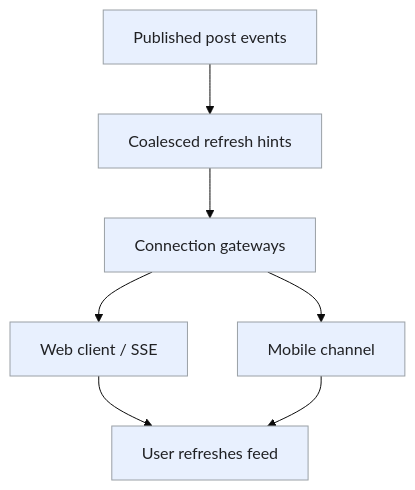
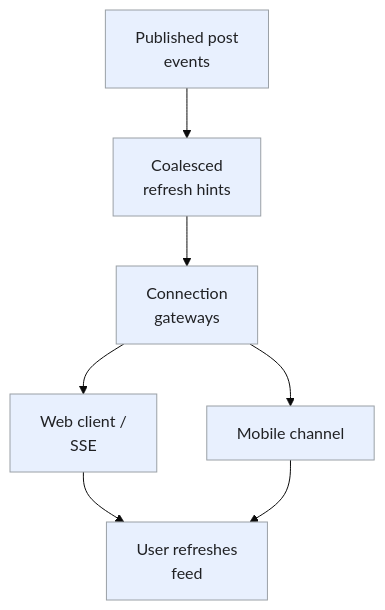
Before and after one commit to iliazlobin/iliazlobin.github.io: the sixth of 6 diagrams in _designs/system-design-news-feed.md, drawn with Mermaid (base theme). The commit also changed other lines of this file and 116 other files, not shown here.

````diff
--- a/_designs/system-design-news-feed.md
+++ b/_designs/system-design-news-feed.md
@@ -356,13 +388,13 @@
 ```mermaid
 flowchart TB
-  E[Published post events] --> H[Coalesced refresh hints]
-  H --> G[Connection gateways]
-  G --> W[Web client / SSE]
+  E["Published post<br>events"] --> H["Coalesced<br>refresh hints"]
+  H --> G["Connection<br>gateways"]
+  G --> W["Web client /<br>SSE"]
   G --> M[Mobile channel]
-  W --> R[User refreshes feed]
+  W --> R["User refreshes<br>feed"]
   M --> R
   classDef request fill:#e8f0fe,stroke:#9aa0a6,color:#202124,stroke-width:1px
   classDef background fill:#e6f4ea,stroke:#9aa0a6,color:#202124,stroke-width:1px
   classDef control fill:#fef7e0,stroke:#9aa0a6,color:#202124,stroke-width:1px
   class E,H,G,W,M,R request
 ```
````
